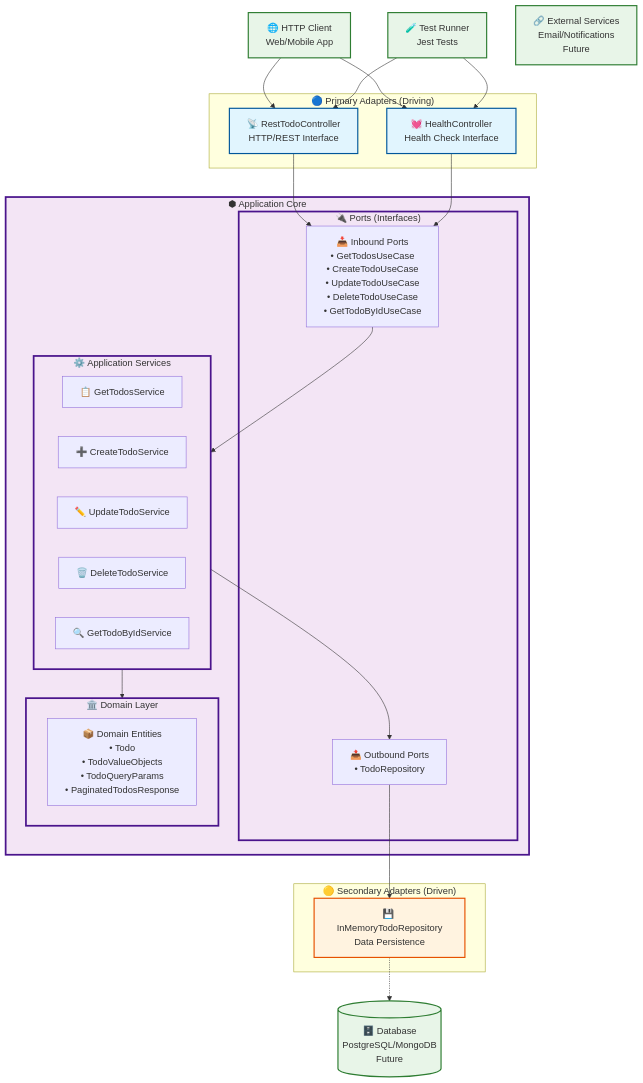
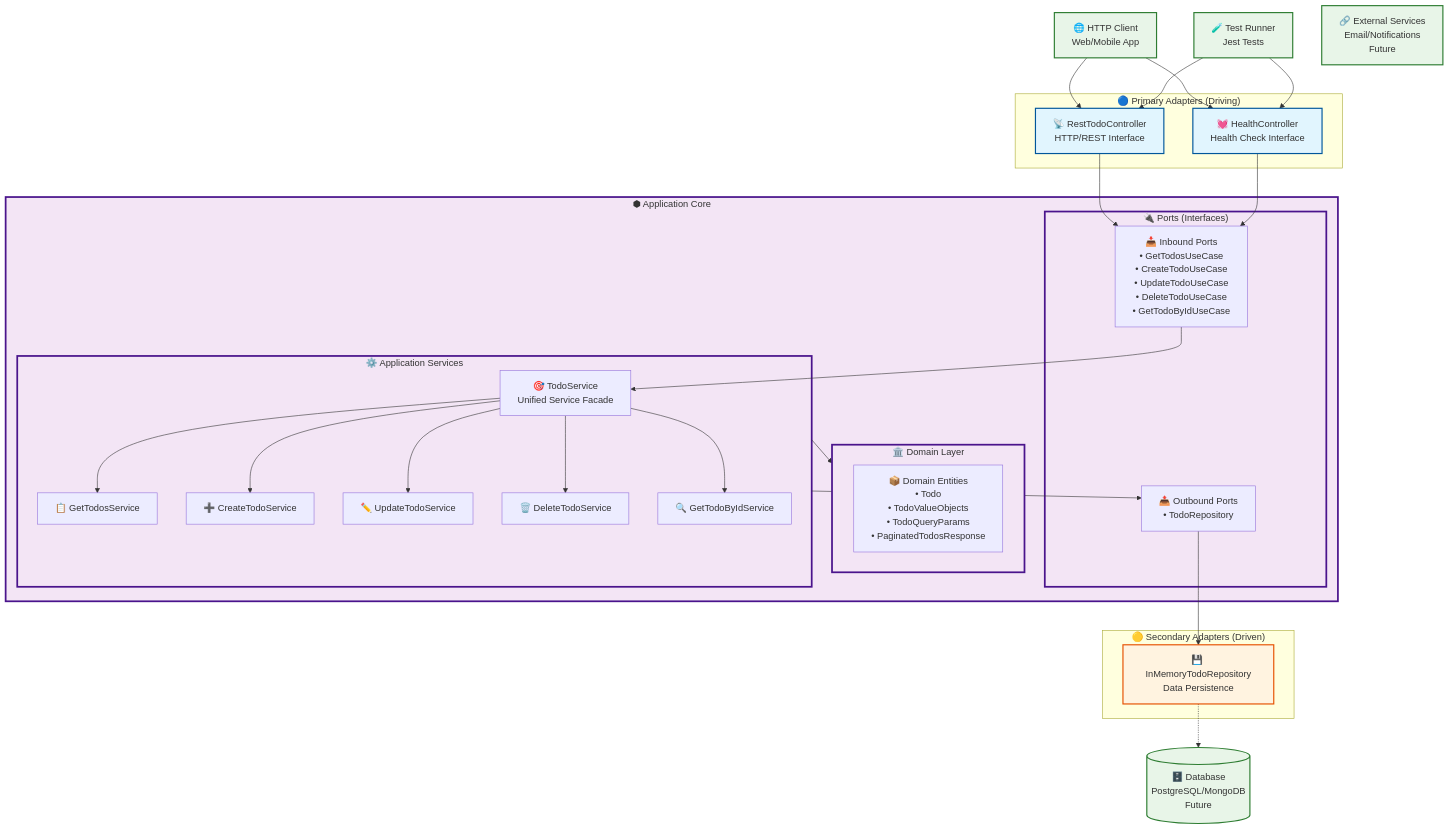
One commit to lcyin/todo-list-api changed the diagram in diagrams/hexagonal-architecture.md. Above: the diagram before and after it, drawn with Mermaid. The commit also changed other lines of this file, not shown here.

Commit message:
feat: enhance hexagonal architecture documentation with detailed TodoService integration

```diff
--- a/diagrams/hexagonal-architecture.md
+++ b/diagrams/hexagonal-architecture.md
@@ -28,6 +28,7 @@
         end
         
         subgraph Services["⚙️ Application Services"]
+            TodoService[🎯 TodoService<br/>Unified Service Facade]
             GetTodosService[📋 GetTodosService]
             CreateTodoService[➕ CreateTodoService]
             UpdateTodoService[✏️ UpdateTodoService]
@@ -59,7 +60,12 @@
     HealthController --> InboundPorts
     
     %% Core internal connections
-    InboundPorts --> Services
+    InboundPorts --> TodoService
+    TodoService --> GetTodosService
+    TodoService --> CreateTodoService
+    TodoService --> UpdateTodoService
+    TodoService --> DeleteTodoService
+    TodoService --> GetTodoByIdService
     Services --> Domain
     Services --> OutboundPorts
     
```
